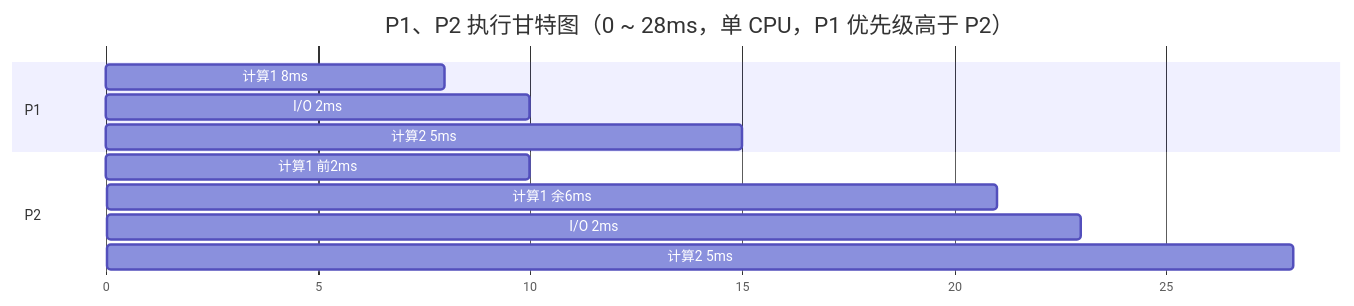
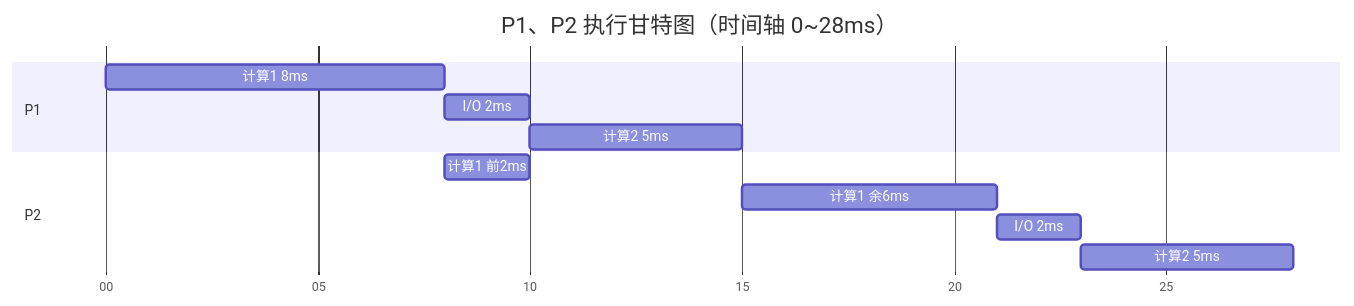
The diagram in 408/每日一题/408每日一题.md (Artorias-jx/jx_repo), drawn with Mermaid before and after one commit.

Commit message:
vault backup: 2026-09-16 14:05:38

````diff
--- a/408/每日一题/408每日一题.md
+++ b/408/每日一题/408每日一题.md
@@ -229,18 +229,18 @@
 ```mermaid
 gantt
-    title P1、P2 执行甘特图（0 ~ 28ms，单 CPU，P1 优先级高于 P2）
-    dateFormat X
-    axisFormat %s
+    title P1、P2 执行甘特图（时间轴 0~28ms）
+    dateFormat HH:mm:ss
+    axisFormat %S
     todayMarker off
 
     section P1
-    计算1 8ms    :a1, 0, 8
-    I/O 2ms      :a2, 8, 10
-    计算2 5ms    :a3, 10, 15
+    计算1 8ms    :a1, 00:00:00, 00:00:08
+    I/O 2ms      :a2, 00:00:08, 00:00:10
+    计算2 5ms    :a3, 00:00:10, 00:00:15
 
     section P2
-    计算1 前2ms  :b1, 8, 10
-    计算1 余6ms  :b2, 15, 21
-    I/O 2ms      :b3, 21, 23
-    计算2 5ms    :b4, 23, 28
+    计算1 前2ms  :b1, 00:00:08, 00:00:10
+    计算1 余6ms  :b2, 00:00:15, 00:00:21
+    I/O 2ms      :b3, 00:00:21, 00:00:23
+    计算2 5ms    :b4, 00:00:23, 00:00:28
 ```
````
